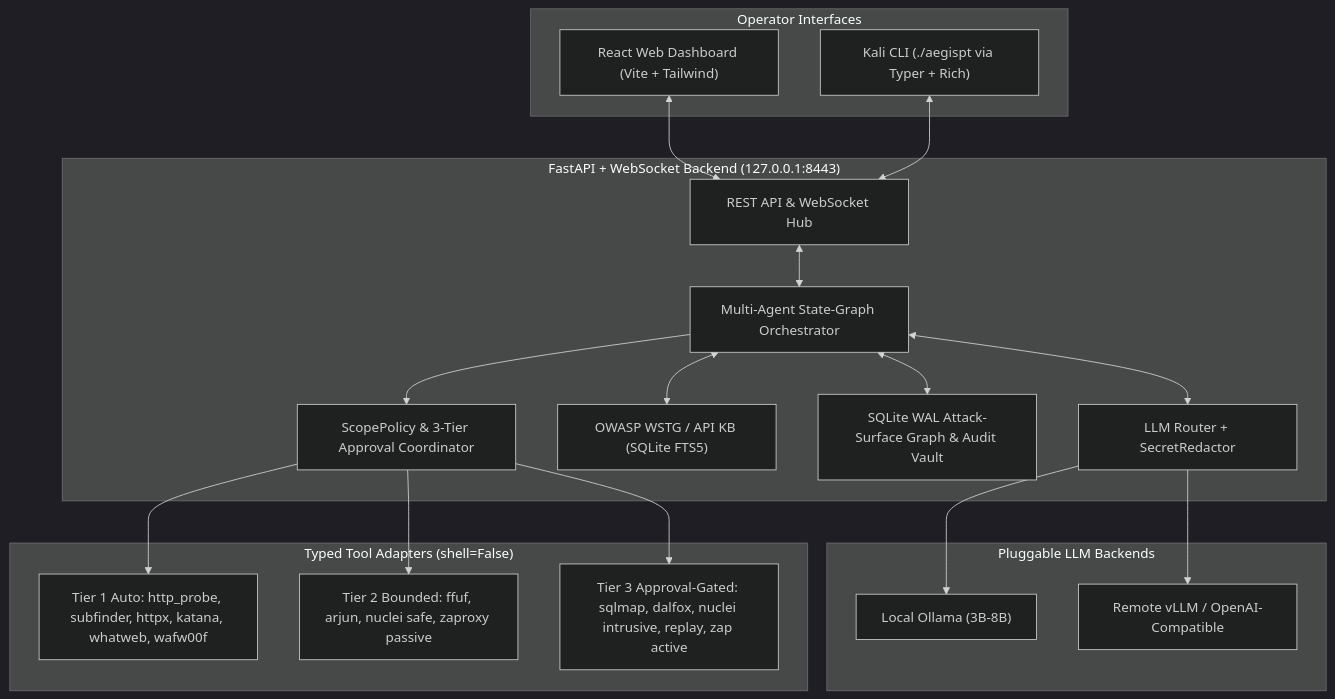
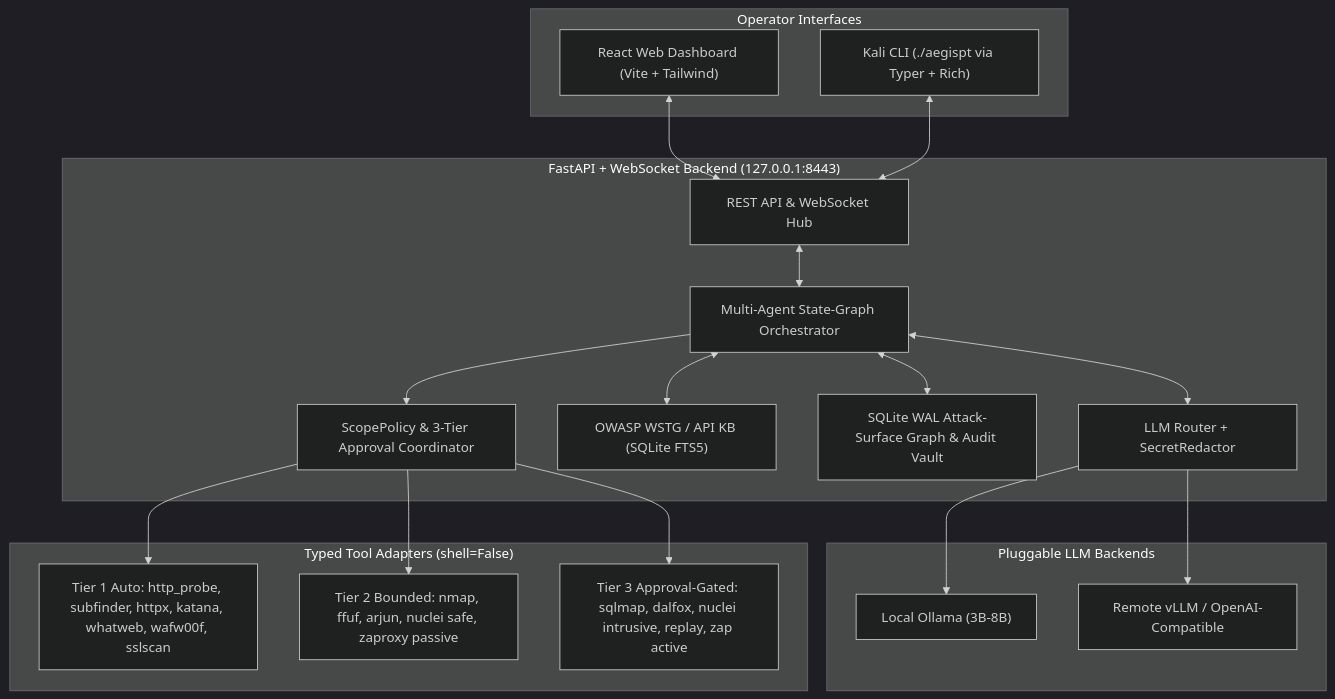
Before and after one commit to willygailo/AI-ko: the first of 2 diagrams in README.md, drawn with Mermaid (dark theme). The commit also changed other lines of this file and 17 other files, not shown here.

Commit message:
feat: add nmap and sslscan tool adapters with persistence updates

````diff
--- a/README.md
+++ b/README.md
@@ -41,40 +41,40 @@
 ```mermaid
 flowchart TD
     subgraph Interfaces["Operator Interfaces"]
         WEB["React Web Dashboard (Vite + Tailwind)"]
         CLI["Kali CLI (./aegispt via Typer + Rich)"]
     end
 
     subgraph Core["FastAPI + WebSocket Backend (127.0.0.1:8443)"]
         API["REST API & WebSocket Hub"]
         ORCH["Multi-Agent State-Graph Orchestrator"]
         POL["ScopePolicy & 3-Tier Approval Coordinator"]
         KB["OWASP WSTG / API KB (SQLite FTS5)"]
         DB["SQLite WAL Attack-Surface Graph & Audit Vault"]
         LLM["LLM Router + SecretRedactor"]
     end
 
     subgraph Models["Pluggable LLM Backends"]
         OLLAMA["Local Ollama (3B-8B)"]
         REMOTE["Remote vLLM / OpenAI-Compatible"]
     end
 
     subgraph Tools["Typed Tool Adapters (shell=False)"]
-        T1["Tier 1 Auto: http_probe, subfinder, httpx, katana, whatweb, wafw00f"]
-        T2["Tier 2 Bounded: ffuf, arjun, nuclei safe, zaproxy passive"]
+        T1["Tier 1 Auto: http_probe, subfinder, httpx, katana, whatweb, wafw00f, sslscan"]
+        T2["Tier 2 Bounded: nmap, ffuf, arjun, nuclei safe, zaproxy passive"]
         T3["Tier 3 Approval-Gated: sqlmap, dalfox, nuclei intrusive, replay, zap active"]
     end
 
     WEB <--> API
     CLI <--> API
     API <--> ORCH
     ORCH <--> KB
     ORCH <--> DB
     ORCH <--> LLM
     LLM --> OLLAMA
     LLM --> REMOTE
     ORCH --> POL
     POL --> T1
     POL --> T2
     POL --> T3
 ```
````
